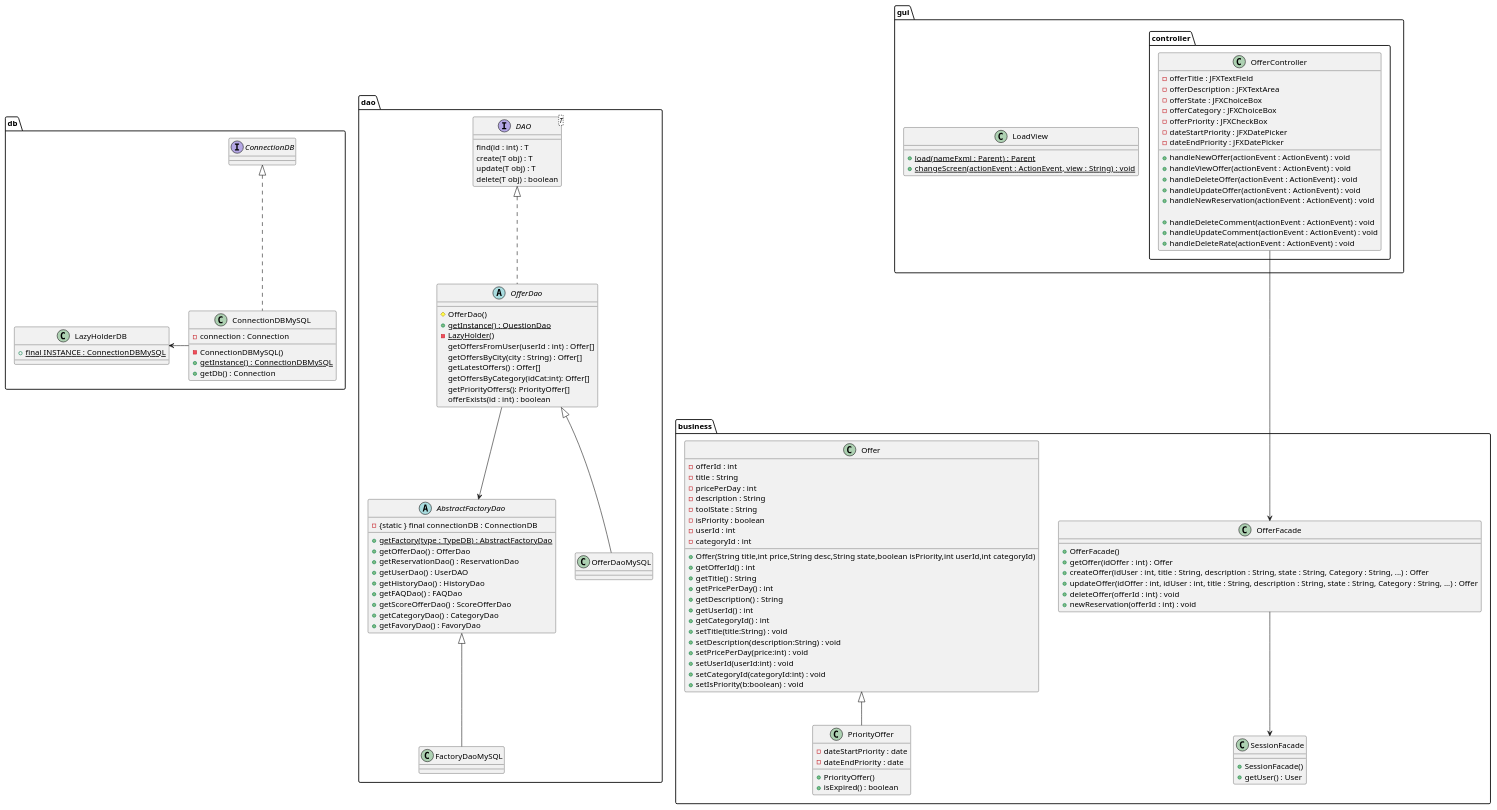
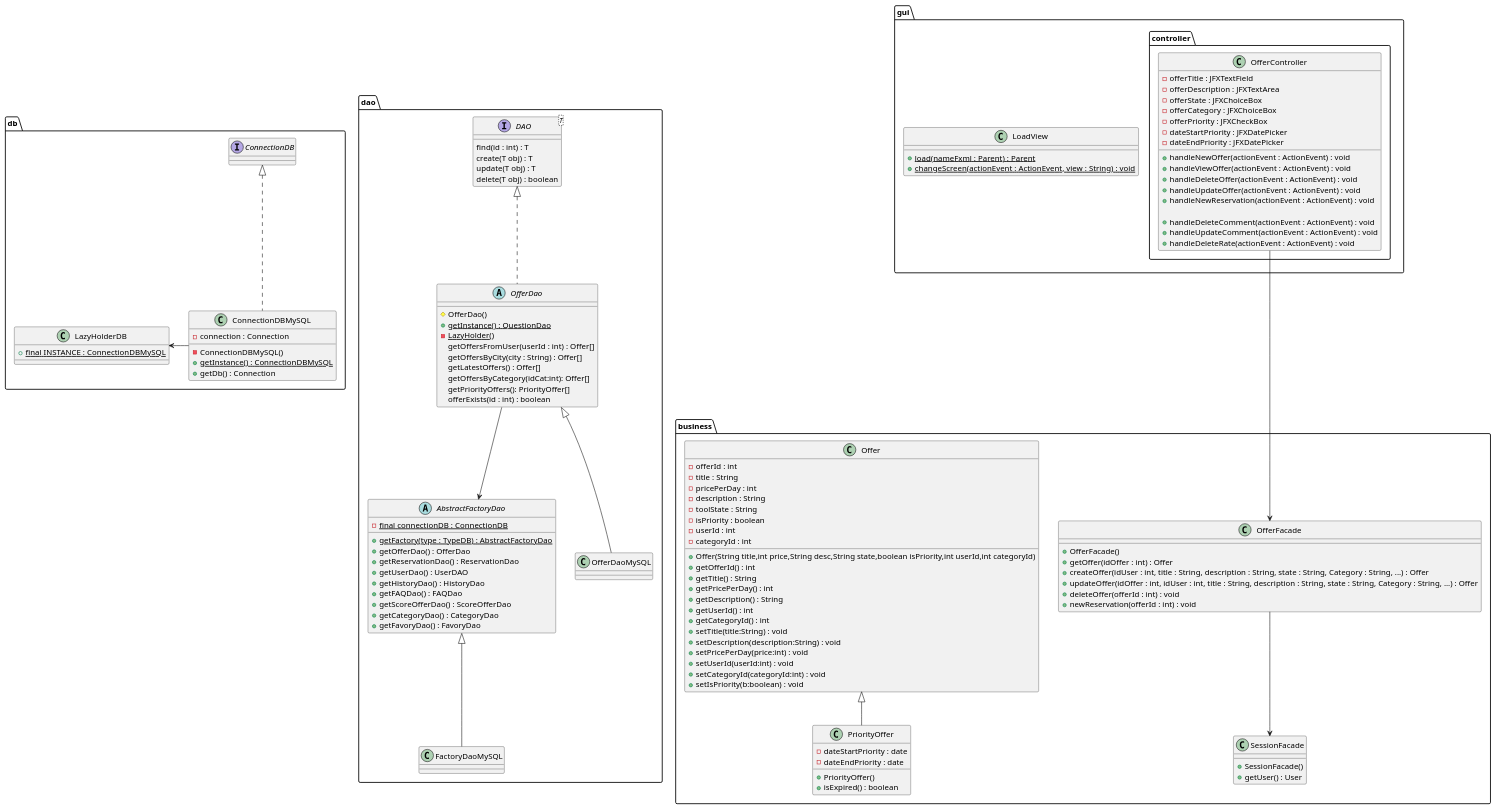
Before and after one commit to LaunoisRemy/ToolShare: the diagram in documents/diagram/offer/offerClass.puml, drawn with PlantUML.

Commit message:
UPDATE : fix 1 syntax error

```diff
--- a/documents/diagram/offer/offerClass.puml
+++ b/documents/diagram/offer/offerClass.puml
@@ -1,150 +1,150 @@
 @startuml
 
 package dao {
 
 
     abstract OfferDao{
         # OfferDao()
         + {static} getInstance() : QuestionDao
         - {static} LazyHolder()
         getOffersFromUser(userId : int) : Offer[]
         getOffersByCity(city : String) : Offer[]
         getLatestOffers() : Offer[]
         getOffersByCategory(idCat:int): Offer[]
         getPriorityOffers(): PriorityOffer[]
         offerExists(id : int) : boolean
     }
     class OfferDaoMySQL
     FactoryDaoMySQL -up-|> AbstractFactoryDao
     OfferDaoMySQL -up-|> OfferDao
 
 
     interface DAO<T>{
         find(id : int) : T
         create(T obj) : T
         update(T obj) : T
         delete(T obj) : boolean
     }
 
     abstract AbstractFactoryDao{
-        - {static } final connectionDB : ConnectionDB
+        - {static} final connectionDB : ConnectionDB
         + {static} getFactory(type : TypeDB) : AbstractFactoryDao
         + getOfferDao() : OfferDao
         + getReservationDao() : ReservationDao
         + getUserDao() : UserDAO
         + getHistoryDao() : HistoryDao
         + getFAQDao() : FAQDao
         + getScoreOfferDao() : ScoreOfferDao
         + getCategoryDao() : CategoryDao
         + getFavoryDao() : FavoryDao
     }
 
     class FactoryDaoMySQL{
     }
 
 
     DAO <|.. OfferDao
     OfferDao-->AbstractFactoryDao
 }
 package db{
     class ConnectionDBMySQL{
         - connection : Connection
         - ConnectionDBMySQL()
         + {static} getInstance() : ConnectionDBMySQL
         + getDb() : Connection
     }
 
     class LazyHolderDB{
         + {static} final INSTANCE : ConnectionDBMySQL
     }
     interface ConnectionDB
     ConnectionDBMySQL -Left-> LazyHolderDB
     ConnectionDBMySQL .up.|> ConnectionDB
 
 }
 package business{
     class SessionFacade{
         + SessionFacade()
         + getUser() : User
     }
 
     class Offer{
         -offerId : int
         -title : String
         -pricePerDay : int
         -description : String
         -toolState : String
         -isPriority : boolean
         -userId : int
         -categoryId : int
         + Offer(String title,int price,String desc,String state,boolean isPriority,int userId,int categoryId)
         + getOfferId() : int
         + getTitle() : String
         + getPricePerDay() : int
         + getDescription() : String
         + getUserId() : int
         + getCategoryId() : int
         + setTitle(title:String) : void
         + setDescription(description:String) : void
         + setPricePerDay(price:int) : void
         + setUserId(userId:int) : void
         + setCategoryId(categoryId:int) : void
         + setIsPriority(b:boolean) : void
     }
 
     class PriorityOffer{
         -dateStartPriority : date
         -dateEndPriority : date
         +PriorityOffer()
         +isExpired() : boolean
     }
     class OfferFacade{
         + OfferFacade()
         + getOffer(idOffer : int) : Offer
         + createOffer(idUser : int, title : String, description : String, state : String, Category : String, ...) : Offer
         + updateOffer(idOffer : int, idUser : int, title : String, description : String, state : String, Category : String, ...) : Offer
         + deleteOffer(offerId : int) : void
         + newReservation(offerId : int) : void
     }
 
         Offer <|-- PriorityOffer
 
 
 }
 
 package gui{
 
     class LoadView{
         + {static} load(nameFxml : Parent) : Parent
         + {static} changeScreen(actionEvent : ActionEvent, view : String) : void
     }
 
     package controller{
         class OfferController{
             -offerTitle : JFXTextField
             -offerDescription : JFXTextArea
             -offerState : JFXChoiceBox
             -offerCategory : JFXChoiceBox
             -offerPriority : JFXCheckBox
             -dateStartPriority : JFXDatePicker
             -dateEndPriority : JFXDatePicker
             + handleNewOffer(actionEvent : ActionEvent) : void
             + handleViewOffer(actionEvent : ActionEvent) : void
             + handleDeleteOffer(actionEvent : ActionEvent) : void
             + handleUpdateOffer(actionEvent : ActionEvent) : void
             + handleNewReservation(actionEvent : ActionEvent) : void
 
             + handleDeleteComment(actionEvent : ActionEvent) : void
             + handleUpdateComment(actionEvent : ActionEvent) : void
             + handleDeleteRate(actionEvent : ActionEvent) : void
 
         }
 
     }
 }
 OfferFacade <--Up- OfferController
 SessionFacade <-Up- OfferFacade
 
 
 
 @enduml
```
